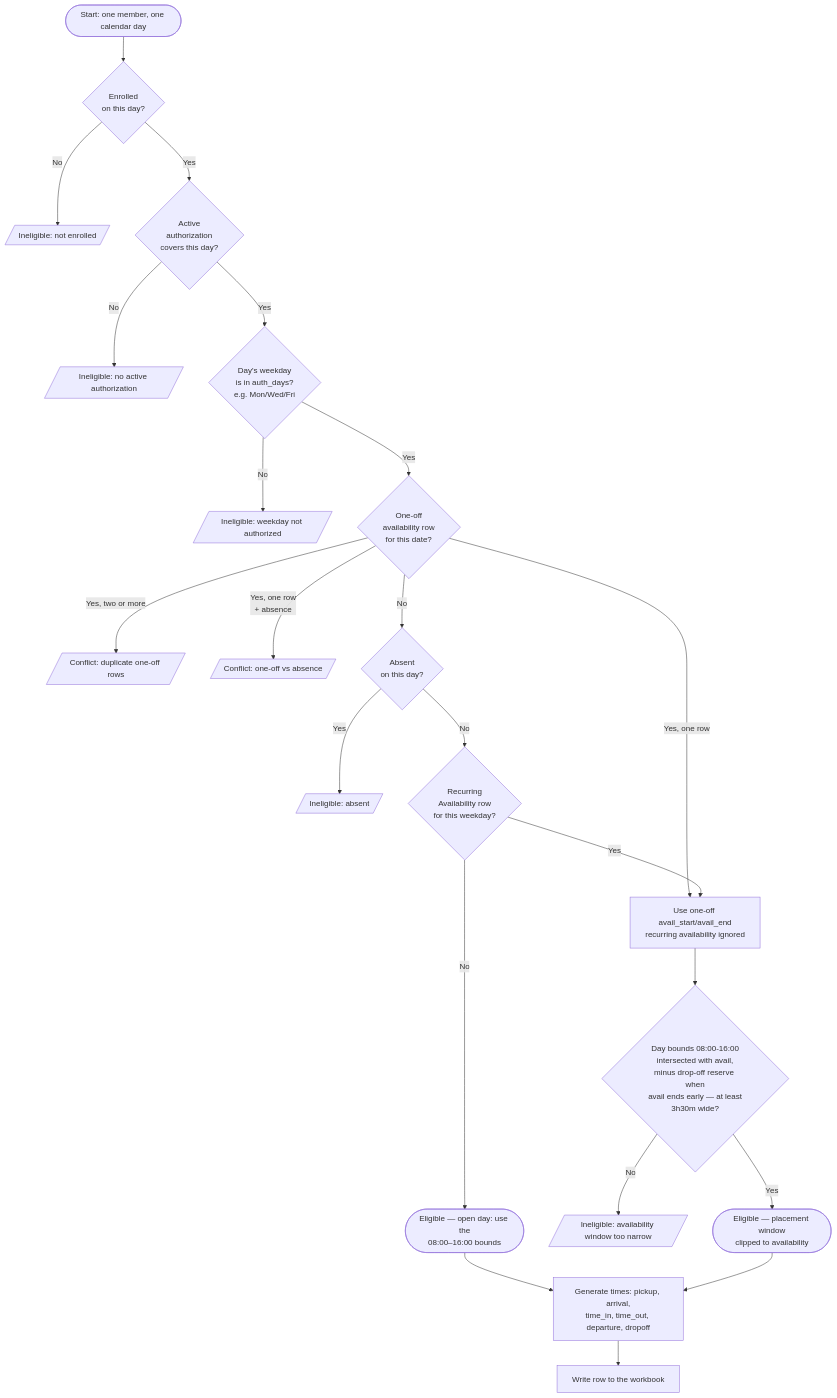
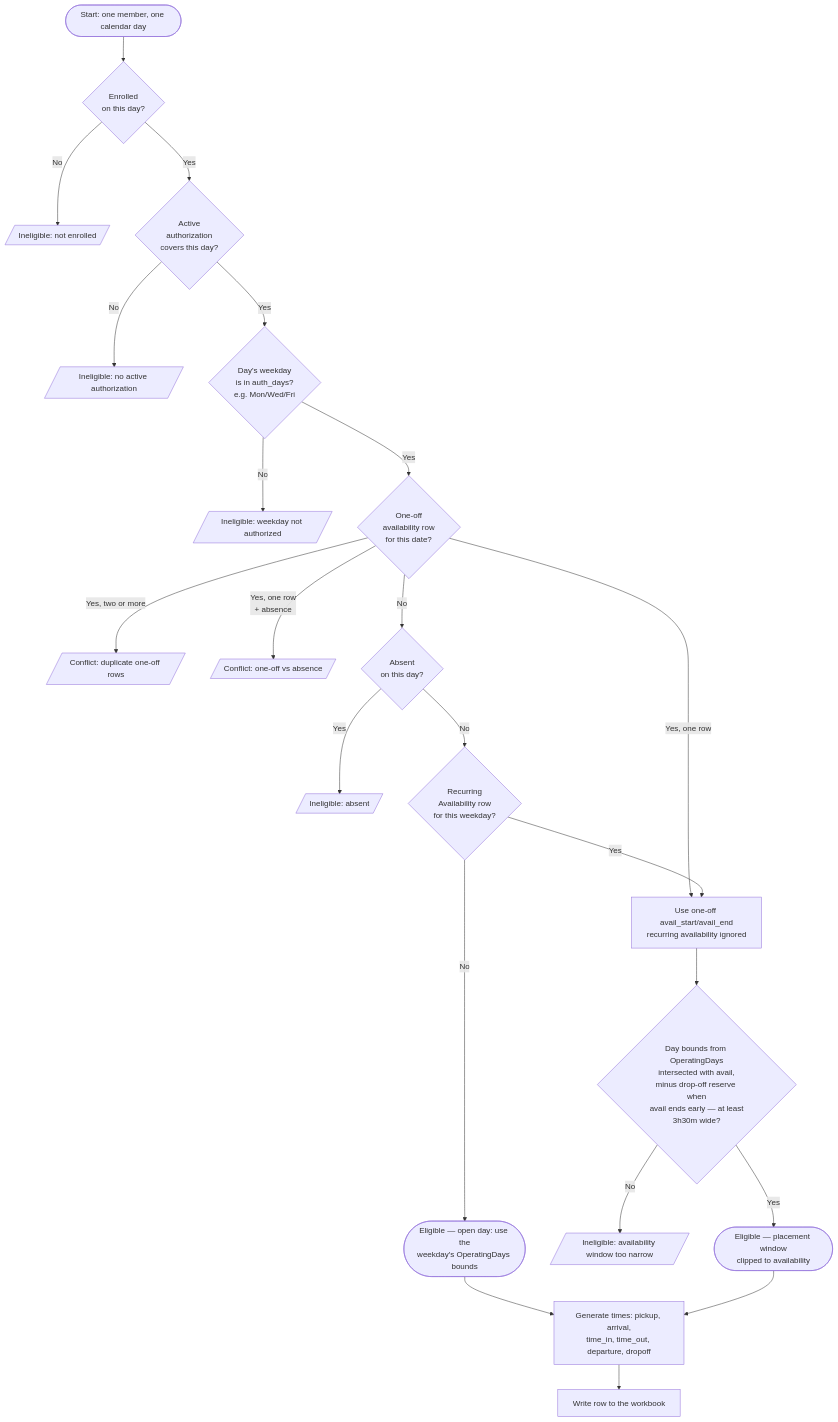
The diagram in docs/scheduling-flow.md (al1168/BSCA), drawn with Mermaid before and after one commit. The commit also changed other lines of this file and 5 other files, not shown here.

Commit message:
docs: Holidays and OperatingDays tables; day bounds now come from the database

````diff
--- a/docs/scheduling-flow.md
+++ b/docs/scheduling-flow.md
@@ -14,25 +14,25 @@
 ```mermaid
 flowchart TD
     A([Start: one member, one calendar day]) --> B{Enrolled<br/>on this day?}
     B -- No --> X1[/Ineligible: not enrolled/]
     B -- Yes --> C{Active<br/>authorization<br/>covers this day?}
     C -- No --> X2[/Ineligible: no active authorization/]
     C -- Yes --> D{Day's weekday<br/>is in auth_days?<br/>e.g. Mon/Wed/Fri}
     D -- No --> X3[/Ineligible: weekday not authorized/]
     D -- Yes --> E{One-off<br/>availability row<br/>for this date?}
     E -- "Yes, two or more" --> X4[/Conflict: duplicate one-off rows/]
     E -- "Yes, one row<br/>+ absence" --> X5[/Conflict: one-off vs absence/]
     E -- "Yes, one row" --> H[Use one-off avail_start/avail_end<br/>recurring availability ignored]
     E -- No --> F{Absent<br/>on this day?}
     F -- Yes --> X6[/Ineligible: absent/]
     F -- No --> G{Recurring<br/>Availability row<br/>for this weekday?}
-    G -- No --> Y1([Eligible — open day: use the<br/>08:00–16:00 bounds])
+    G -- No --> Y1([Eligible — open day: use the<br/>weekday's OperatingDays bounds])
     G -- Yes --> H
-    H --> I{Day bounds 08:00-16:00<br/>intersected with avail,<br/>minus drop-off reserve when<br/>avail ends early — at least<br/>3h30m wide?}
+    H --> I{Day bounds from OperatingDays<br/>intersected with avail,<br/>minus drop-off reserve when<br/>avail ends early — at least<br/>3h30m wide?}
     I -- No --> X7[/Ineligible: availability window too narrow/]
     I -- Yes --> Y2([Eligible — placement window<br/>clipped to availability])
 
     Y1 --> Z[Generate times: pickup, arrival,<br/>time_in, time_out, departure, dropoff]
     Y2 --> Z
     Z --> ZA[Write row to the workbook]
 ```
````
